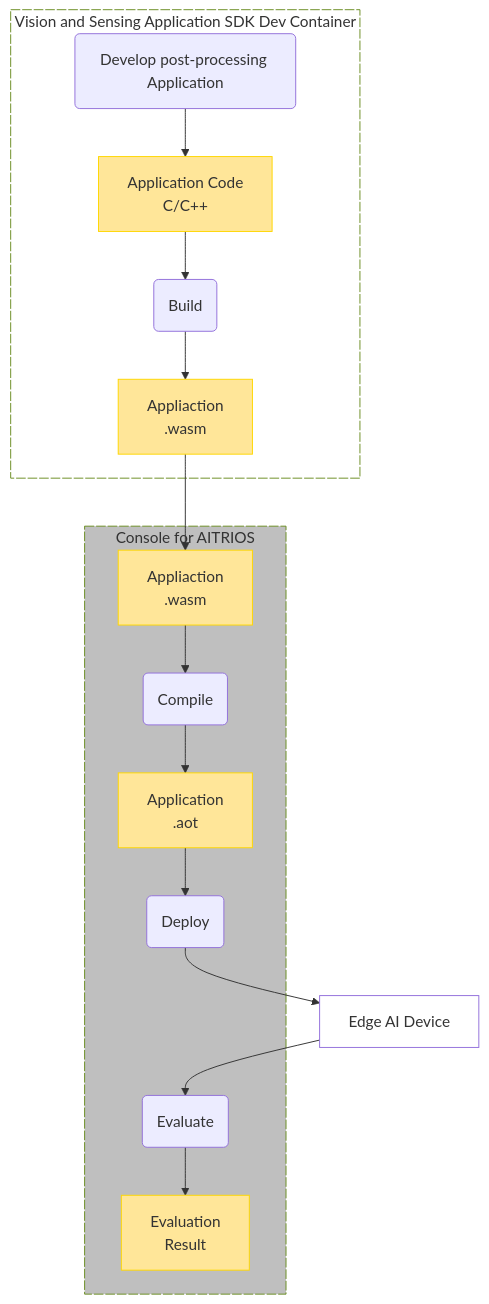
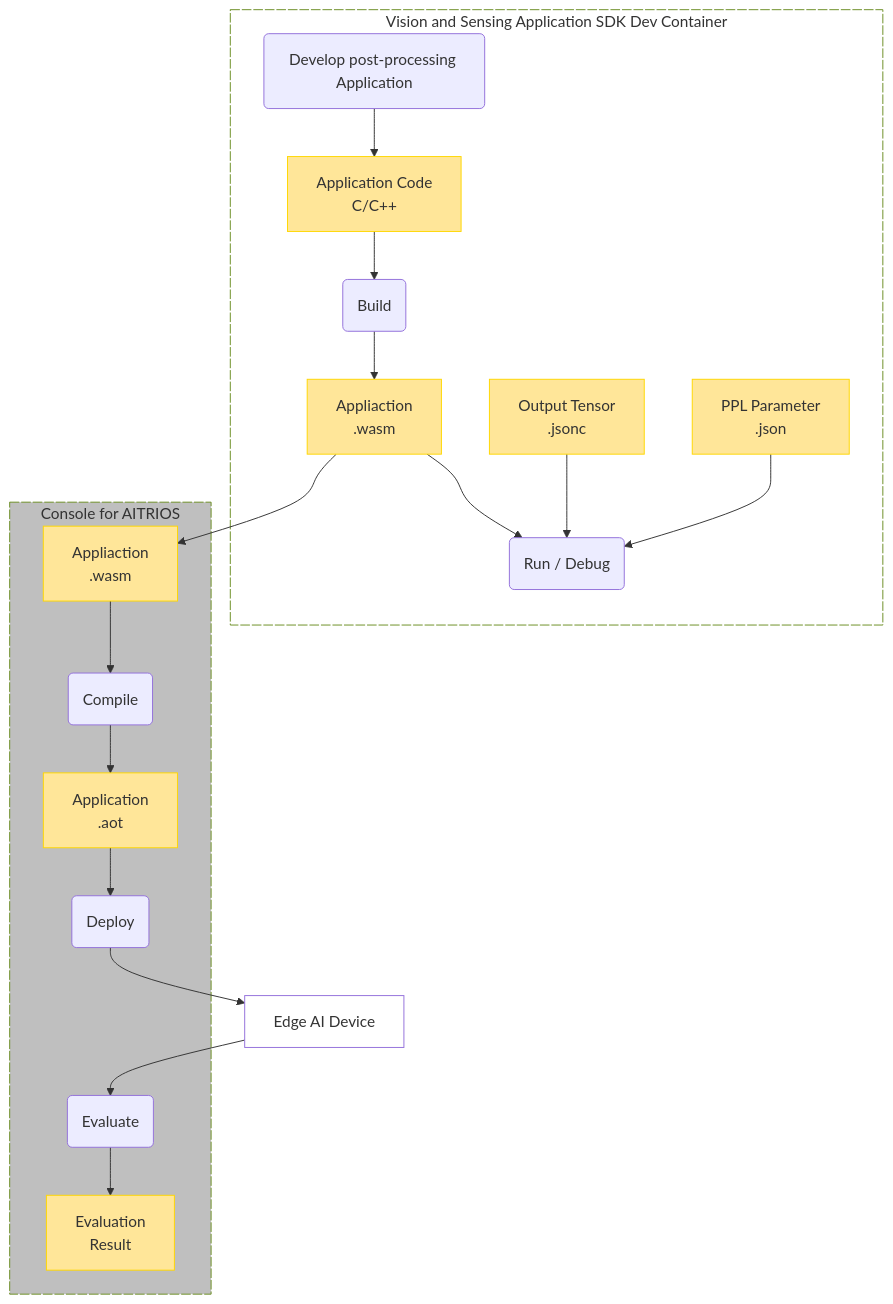
One commit to ZucchiniTang/aitrios-sdk-vision-sensing-app changed the third of 3 diagrams in README.md. Above: the diagram before and after it, drawn with Mermaid. The commit also changed other lines of this file and 200 other files, not shown here.

````diff
--- a/README.md
+++ b/README.md
@@ -135,41 +139,47 @@
 ```mermaid
 %%{init: {'theme': 'default'}}%%
 graph TB;
     style DevContainer fill:#FFFFFF, stroke:#6b8e23, stroke-dasharray: 10 2
     style Console fill:#BFBFBF, stroke:#6b8e23, stroke-dasharray: 10 2
 
     classDef object fill:#FFE699, stroke:#FFD700
     classDef device fill:#FFFFFF
 
     ppl_code[Application Code<br>C/C++]:::object
+    output_tensor[Output Tensor<br>.jsonc]:::object
+    ppl_parameter[PPL Parameter<br>.json]:::object
     wasm[Appliaction<br>.wasm]:::object
     wasm2[Appliaction<br>.wasm]:::object
     aot[Application<br>.aot]:::object
     eval_result[Evaluation<br>Result]:::object
 
     develop(Develop post-processing Application)
     build_wasm(Build)
+    debug_wasm(Run / Debug)
     compile_aot(Compile)
     deploy(Deploy)
     eval(Evaluate)
 
     device[Edge AI Device]:::device
 
     subgraph DevContainer[Vision and Sensing Application SDK Dev Container]
         develop --> ppl_code
         ppl_code --> build_wasm
         build_wasm --> wasm
+        wasm --> debug_wasm
+        output_tensor --> debug_wasm
+        ppl_parameter --> debug_wasm
     end
 
     subgraph Console["Console for AITRIOS"]
         wasm2 --> compile_aot
         compile_aot --> aot
         aot --> deploy
         eval --> eval_result
     end
 
     wasm --> wasm2
     deploy --> device
     device --> eval
 
 ```
````
